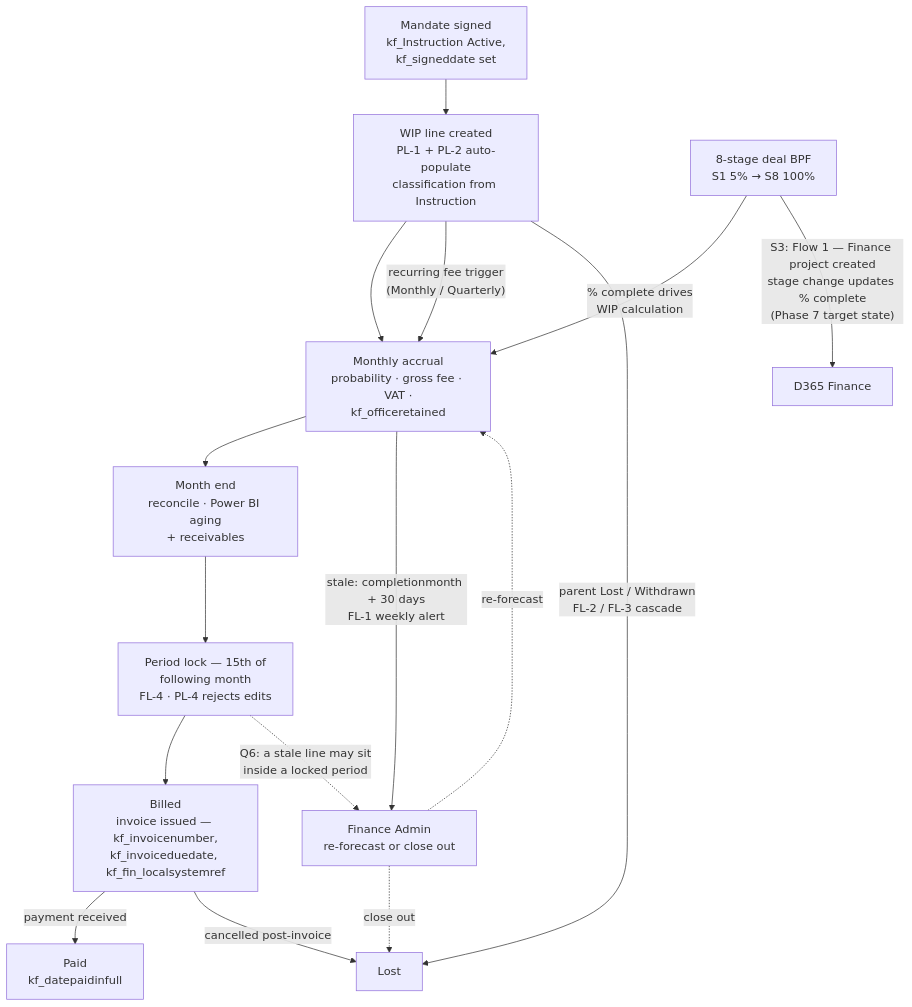
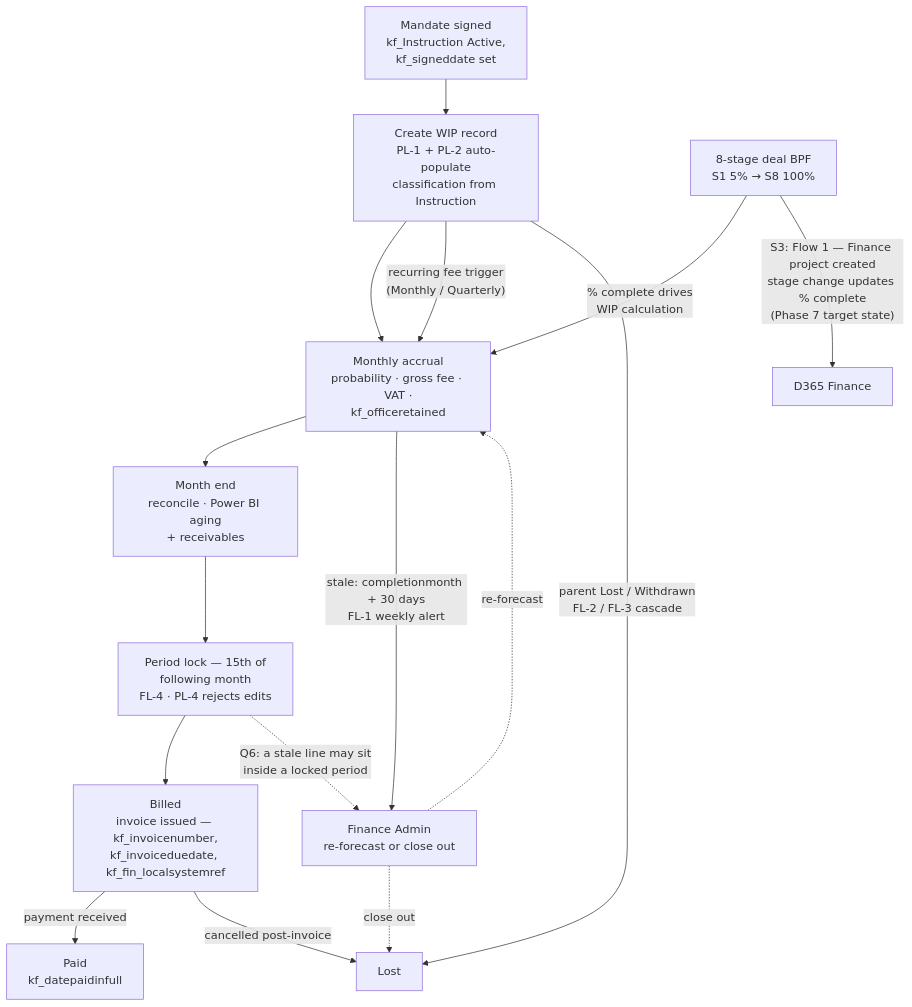
Before and after one commit to newportg/POC-EuroWIP: the diagram in POC-EuroWIP-Vault/wiki/wip-high-level-workflow.md, drawn with Mermaid. The commit also changed other lines of this file and 4 other files, not shown here.

````diff
--- a/POC-EuroWIP-Vault/wiki/wip-high-level-workflow.md
+++ b/POC-EuroWIP-Vault/wiki/wip-high-level-workflow.md
@@ -26,22 +26,22 @@
 ```mermaid
 flowchart TD
-    M["Mandate signed<br/>kf_Instruction Active,<br/>kf_signeddate set"] --> W["WIP line created<br/>PL-1 + PL-2 auto-populate<br/>classification from Instruction"]
+    M["Mandate signed<br/>kf_Instruction Active,<br/>kf_signeddate set"] --> W["Create WIP record<br/>PL-1 + PL-2 auto-populate<br/>classification from Instruction"]
     W --> A["Monthly accrual<br/>probability · gross fee · VAT ·<br/>kf_officeretained"]
     A --> MT["Month end<br/>reconcile · Power BI aging<br/>+ receivables"]
     MT --> L["Period lock — 15th of<br/>following month<br/>FL-4 · PL-4 rejects edits"]
 
     W -->|"recurring fee trigger<br/>(Monthly / Quarterly)"| A
 
     BPF["8-stage deal BPF<br/>S1 5% → S8 100%"] -->|"% complete drives<br/>WIP calculation"| A
     BPF -->|"S3: Flow 1 — Finance project created<br/>stage change updates % complete<br/>(Phase 7 target state)"| FIN["D365 Finance"]
 
     A -->|"stale: completionmonth + 30 days<br/>FL-1 weekly alert"| ST["Finance Admin<br/>re-forecast or close out"]
     ST -.->|"re-forecast"| A
     ST -.->|"close out"| X["Lost"]
 
     L --> B["Billed<br/>invoice issued — kf_invoicenumber,<br/>kf_invoiceduedate, kf_fin_localsystemref"]
     B -->|"payment received"| P["Paid<br/>kf_datepaidinfull"]
     B -->|"cancelled post-invoice"| X
     W -->|"parent Lost / Withdrawn<br/>FL-2 / FL-3 cascade"| X
     L -.->|"Q6: a stale line may sit<br/>inside a locked period"| ST
 ```
````
